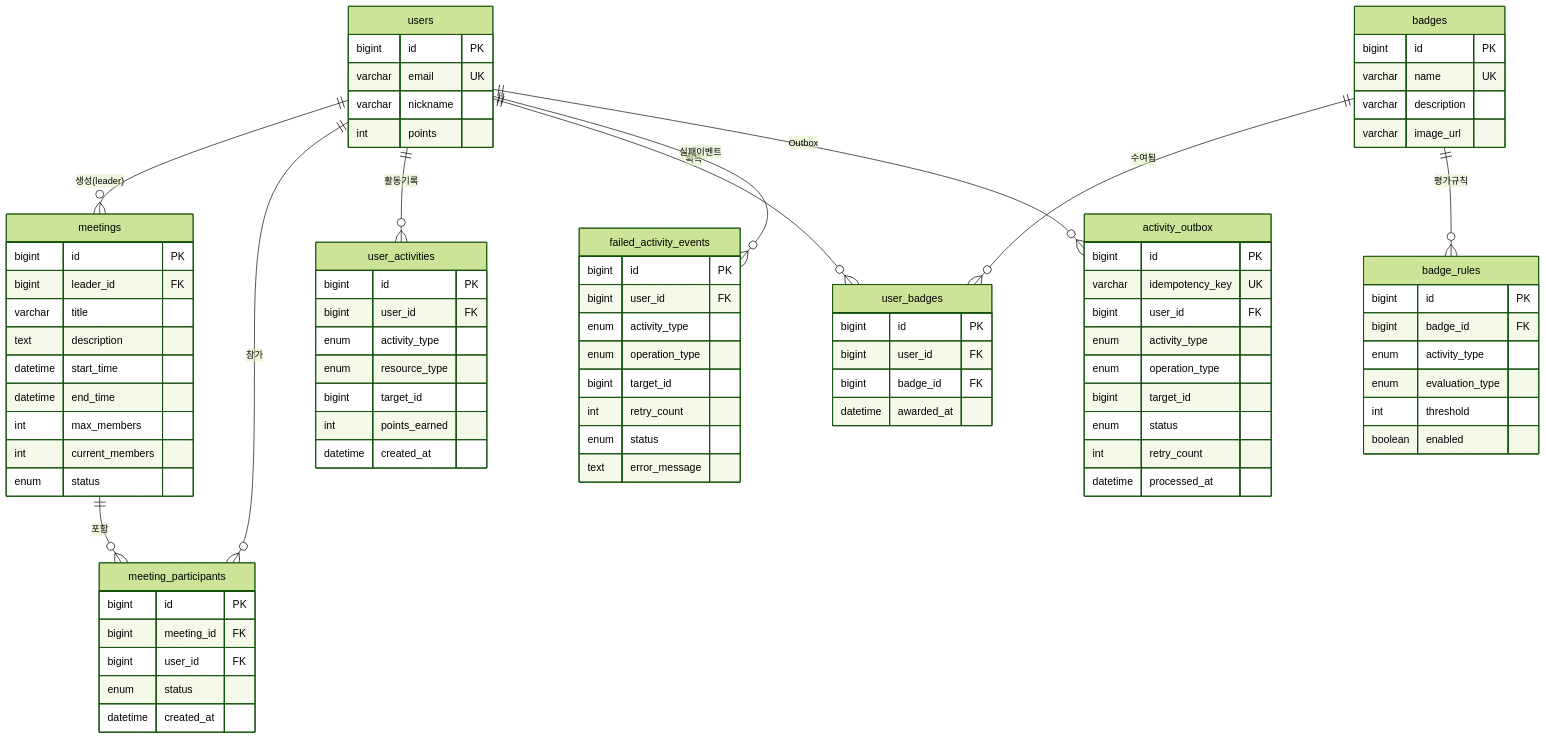
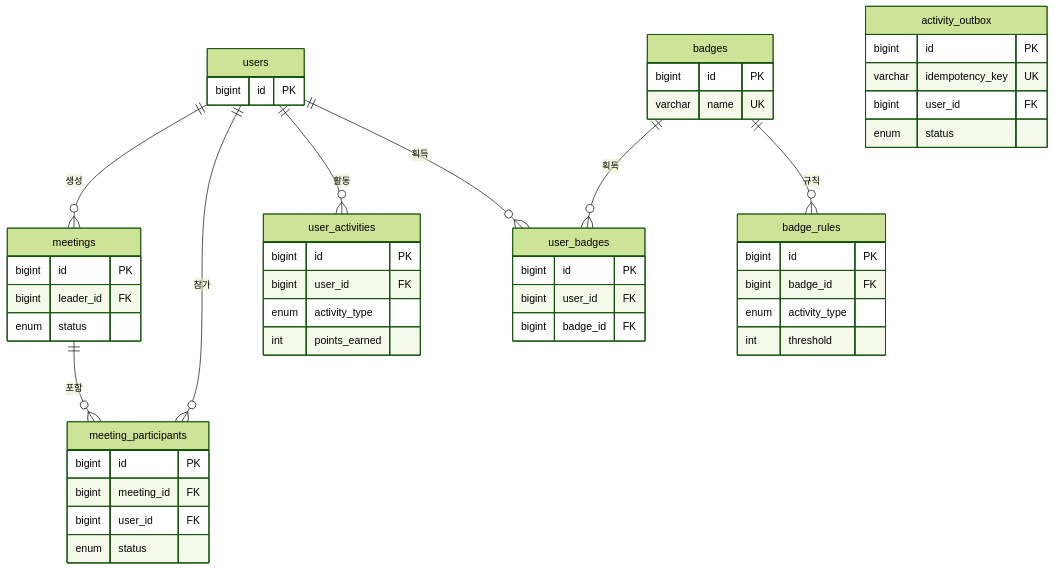
The second of 3 diagrams in README.md (beginner0107/eventitta), drawn with Mermaid (forest theme) before and after one commit. The commit also changed other lines of this file and 1 other file, not shown here.

Commit message:
docs: ERD 가독성 개선 및 Mermaid 문법 수정

````diff
--- a/README.md
+++ b/README.md
@@ -114,95 +79,52 @@
 ```mermaid
 erDiagram
-  users ||--o{ meetings: "생성(leader)"
-  users ||--o{ meeting_participants: "참가"
-  users ||--o{ user_activities: "활동기록"
-  users ||--o{ user_badges: "획득"
-  users ||--o{ failed_activity_events: "실패이벤트"
-  users ||--o{ activity_outbox: "Outbox"
-  meetings ||--o{ meeting_participants: "포함"
-  badges ||--o{ user_badges: "수여됨"
-  badges ||--o{ badge_rules: "평가규칙"
+  users ||--o{ meetings : "생성"
+  users ||--o{ meeting_participants : "참가"
+  users ||--o{ user_activities : "활동"
+  users ||--o{ user_badges : "획득"
+  meetings ||--o{ meeting_participants : "포함"
+  badges ||--o{ user_badges : "획득"
+  badges ||--o{ badge_rules : "규칙"
 
   users {
     bigint id PK
-    varchar email UK
-    varchar nickname
-    int points
   }
-
   meetings {
     bigint id PK
     bigint leader_id FK
-    varchar title
-    text description
-    datetime start_time
-    datetime end_time
-    int max_members
-    int current_members
     enum status
   }
-
   meeting_participants {
     bigint id PK
     bigint meeting_id FK
     bigint user_id FK
     enum status
-    datetime created_at
   }
-
   user_activities {
     bigint id PK
     bigint user_id FK
     enum activity_type
-    enum resource_type
-    bigint target_id
     int points_earned
-    datetime created_at
   }
-
   badges {
     bigint id PK
     varchar name UK
-    varchar description
-    varchar image_url
   }
-
   user_badges {
     bigint id PK
     bigint user_id FK
     bigint badge_id FK
-    datetime awarded_at
   }
-
   badge_rules {
     bigint id PK
     bigint badge_id FK
     enum activity_type
-    enum evaluation_type
     int threshold
-    boolean enabled
   }
-
   activity_outbox {
     bigint id PK
     varchar idempotency_key UK
     bigint user_id FK
-    enum activity_type
-    enum operation_type
-    bigint target_id
     enum status
-    int retry_count
-    datetime processed_at
-  }
-
-  failed_activity_events {
-    bigint id PK
-    bigint user_id FK
-    enum activity_type
-    enum operation_type
-    bigint target_id
-    int retry_count
-    enum status
-    text error_message
   }
 ```
````
